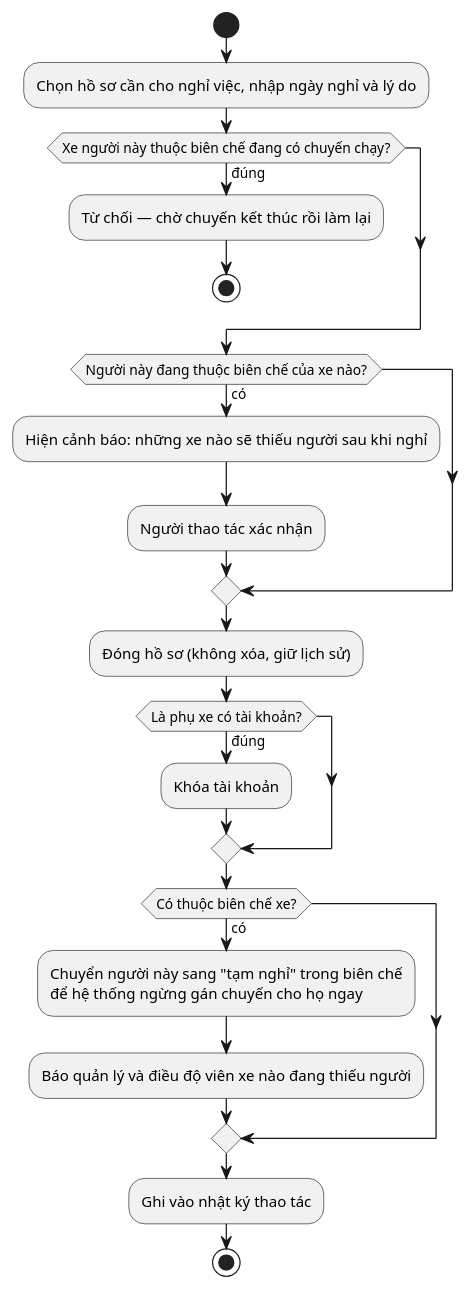
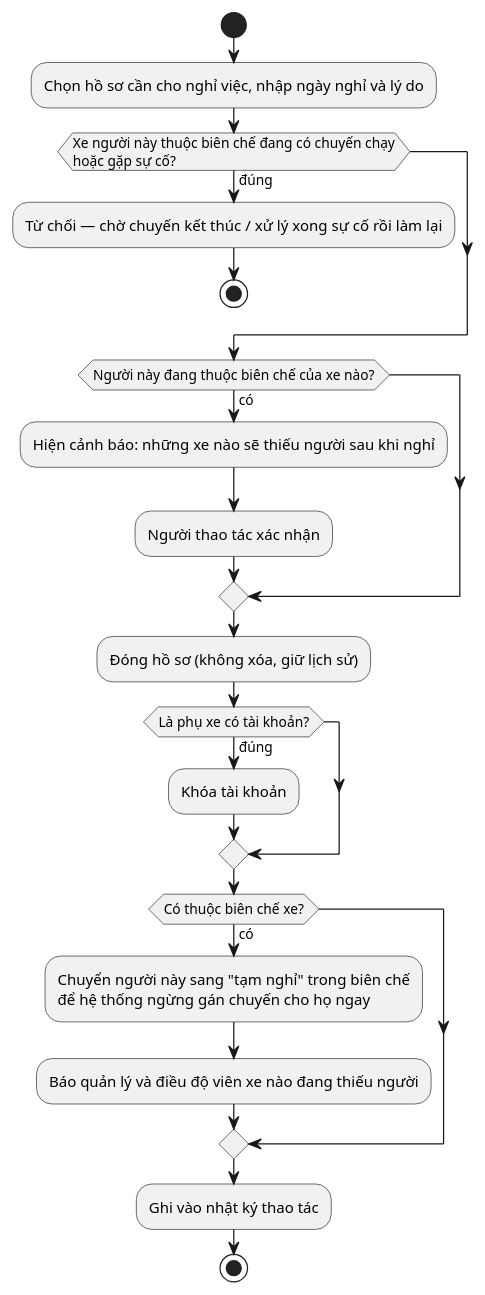
One commit to nguyenvietanhit19/Project1_HeThongQuanLyNhaXeKhachLienTinh changed diagram 25 of 53 in UML_DIAGRAMS.md. Above: the diagram before and after it, drawn with PlantUML. The commit also changed 5 other files, not shown here.

````diff
--- a/UML_DIAGRAMS.md
+++ b/UML_DIAGRAMS.md
@@ -800,24 +800,24 @@
 ```plantuml
 @startuml AD_UC51_ChoNghiViec
 start
 :Chọn hồ sơ cần cho nghỉ việc, nhập ngày nghỉ và lý do;
-if (Xe người này thuộc biên chế đang có chuyến chạy?) then (đúng)
-  :Từ chối — chờ chuyến kết thúc rồi làm lại;
+if (Xe người này thuộc biên chế đang có chuyến chạy\nhoặc gặp sự cố?) then (đúng)
+  :Từ chối — chờ chuyến kết thúc / xử lý xong sự cố rồi làm lại;
   stop
 endif
 if (Người này đang thuộc biên chế của xe nào?) then (có)
   :Hiện cảnh báo: những xe nào sẽ thiếu người sau khi nghỉ;
   :Người thao tác xác nhận;
 endif
 :Đóng hồ sơ (không xóa, giữ lịch sử);
 if (Là phụ xe có tài khoản?) then (đúng)
   :Khóa tài khoản;
 endif
 if (Có thuộc biên chế xe?) then (có)
   :Chuyển người này sang "tạm nghỉ" trong biên chế\nđể hệ thống ngừng gán chuyến cho họ ngay;
   :Báo quản lý và điều độ viên xe nào đang thiếu người;
 endif
 :Ghi vào nhật ký thao tác;
 stop
 @enduml
 ```
````
